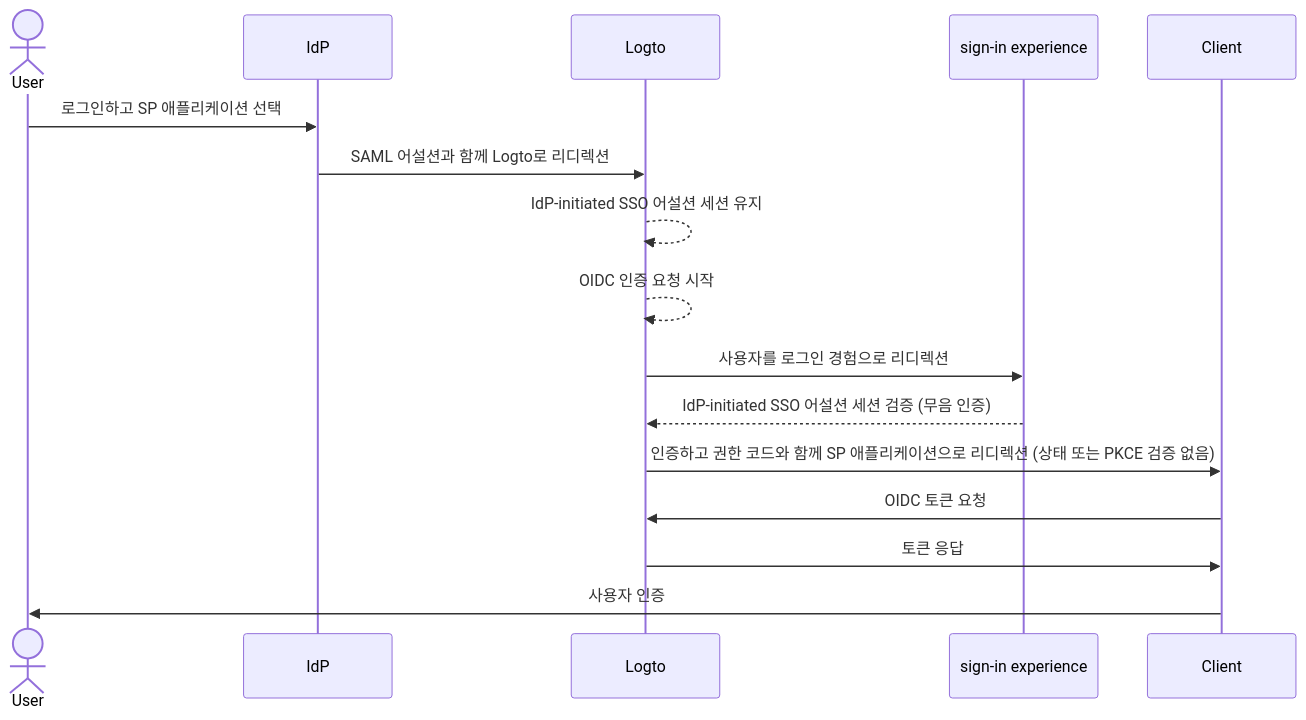
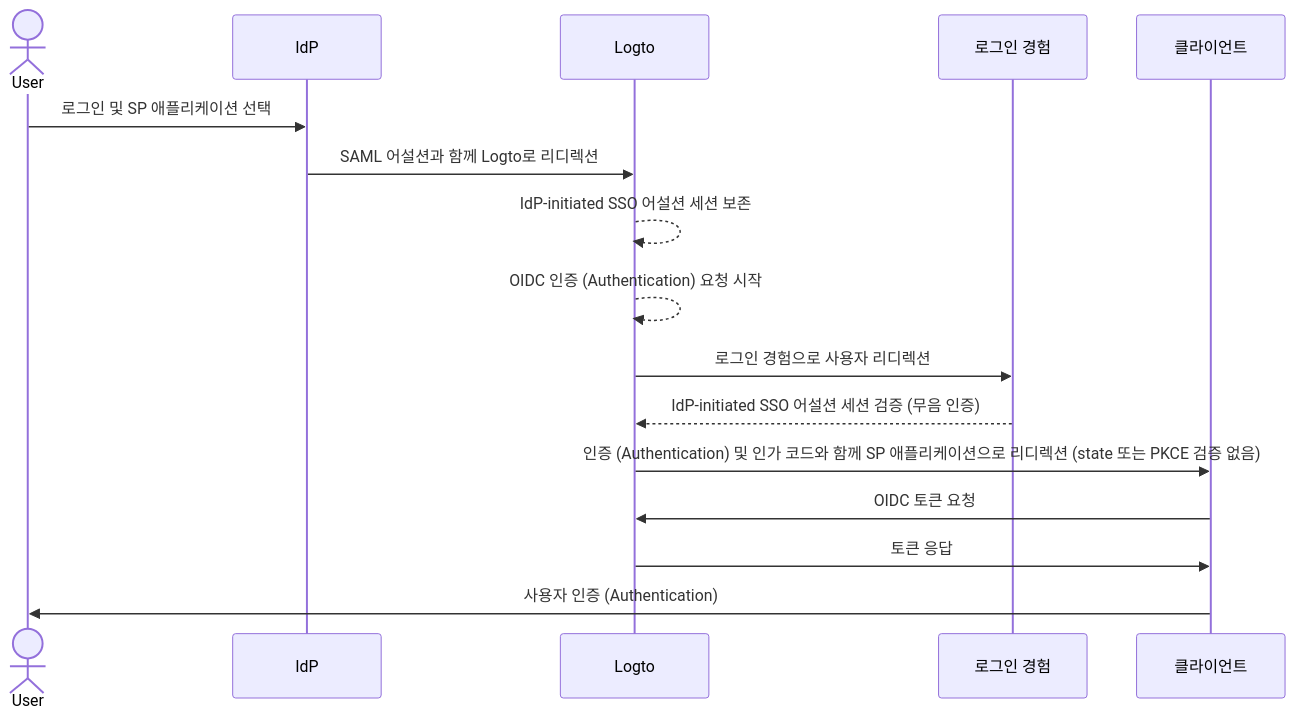
Before and after one commit to logto-io/docs: the second of 2 diagrams in i18n/ko/docusaurus-plugin-content-docs/current/end-user-flows/enterprise-sso/idp-initiated-sso.mdx, drawn with Mermaid. The commit also changed other lines of this file and 666 other files, not shown here.

````diff
--- a/i18n/ko/docusaurus-plugin-content-docs/current/end-user-flows/enterprise-sso/idp-initiated-sso.mdx
+++ b/i18n/ko/docusaurus-plugin-content-docs/current/end-user-flows/enterprise-sso/idp-initiated-sso.mdx
@@ -137,20 +137,20 @@
 ```mermaid
   sequenceDiagram
 
   actor User
   participant IdP as IdP
   participant Logto as Logto
-  participant Experience as sign-in experience
-  participant SP as Client
+  participant Experience as 로그인 경험
+  participant SP as 클라이언트
 
-  User->>IdP: 로그인하고 SP 애플리케이션 선택
+  User->>IdP: 로그인 및 SP 애플리케이션 선택
   IdP->>Logto: SAML 어설션과 함께 Logto로 리디렉션
-  Logto-->>Logto: IdP-initiated SSO 어설션 세션 유지
-  Logto-->>Logto: OIDC 인증 요청 시작
-  Logto->>Experience: 사용자를 로그인 경험으로 리디렉션
+  Logto-->>Logto: IdP-initiated SSO 어설션 세션 보존
+  Logto-->>Logto: OIDC 인증 (Authentication) 요청 시작
+  Logto->>Experience: 로그인 경험으로 사용자 리디렉션
   Experience-->>Logto: IdP-initiated SSO 어설션 세션 검증 (무음 인증)
-  Logto->>SP: 인증하고 권한 코드와 함께 SP 애플리케이션으로 리디렉션 (상태 또는 PKCE 검증 없음)
+  Logto->>SP: 인증 (Authentication) 및 인가 코드와 함께 SP 애플리케이션으로 리디렉션 (state 또는 PKCE 검증 없음)
   SP->>Logto: OIDC 토큰 요청
   Logto->>SP: 토큰 응답
-  SP->>User: 사용자 인증
+  SP->>User: 사용자 인증 (Authentication)
 ```
````
